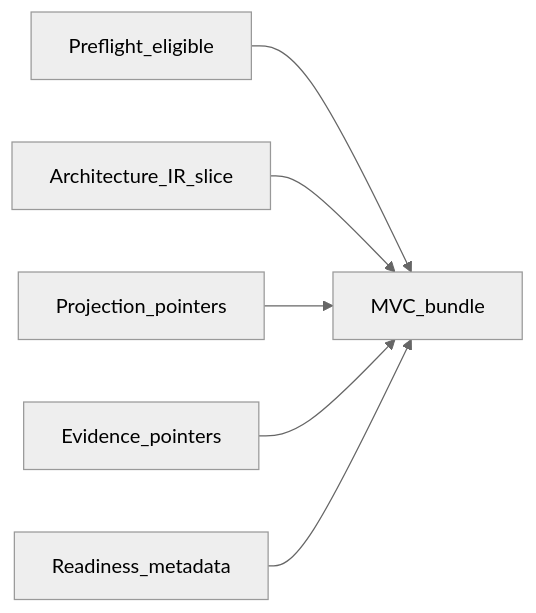
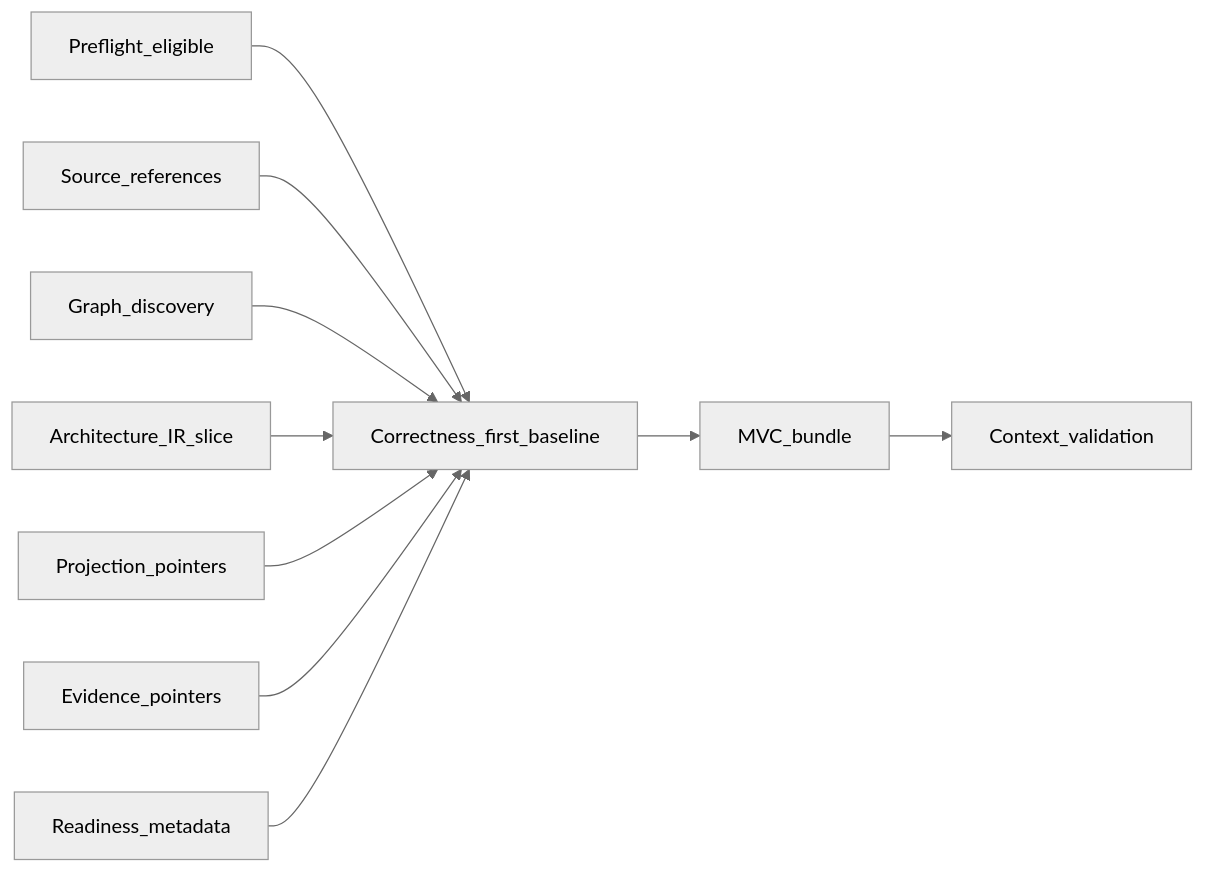
One commit to egallmann/ste-handbook changed the diagram in 08-runtime/08-05-context-assembly-and-mvc.md. Above: the diagram before and after it, drawn with Mermaid (neutral theme). The commit also changed other lines of this file and 5 other files, not shown here.

````diff
--- a/08-runtime/08-05-context-assembly-and-mvc.md
+++ b/08-runtime/08-05-context-assembly-and-mvc.md
@@ -52,15 +85,23 @@
 ```mermaid
 flowchart LR
   PF[Preflight_eligible]
+  Base[Correctness_first_baseline]
+  Src[Source_references]
+  Graph[Graph_discovery]
   IR[Architecture_IR_slice]
   Pr[Projection_pointers]
   Ev[Evidence_pointers]
   Meta[Readiness_metadata]
+  Val[Context_validation]
   MVCnode[MVC_bundle]
 
-  PF --> MVCnode
-  IR --> MVCnode
-  Pr --> MVCnode
-  Ev --> MVCnode
-  Meta --> MVCnode
+  PF --> Base
+  Src --> Base
+  Graph --> Base
+  IR --> Base
+  Pr --> Base
+  Ev --> Base
+  Meta --> Base
+  Base --> MVCnode
+  MVCnode --> Val
 ```
````
